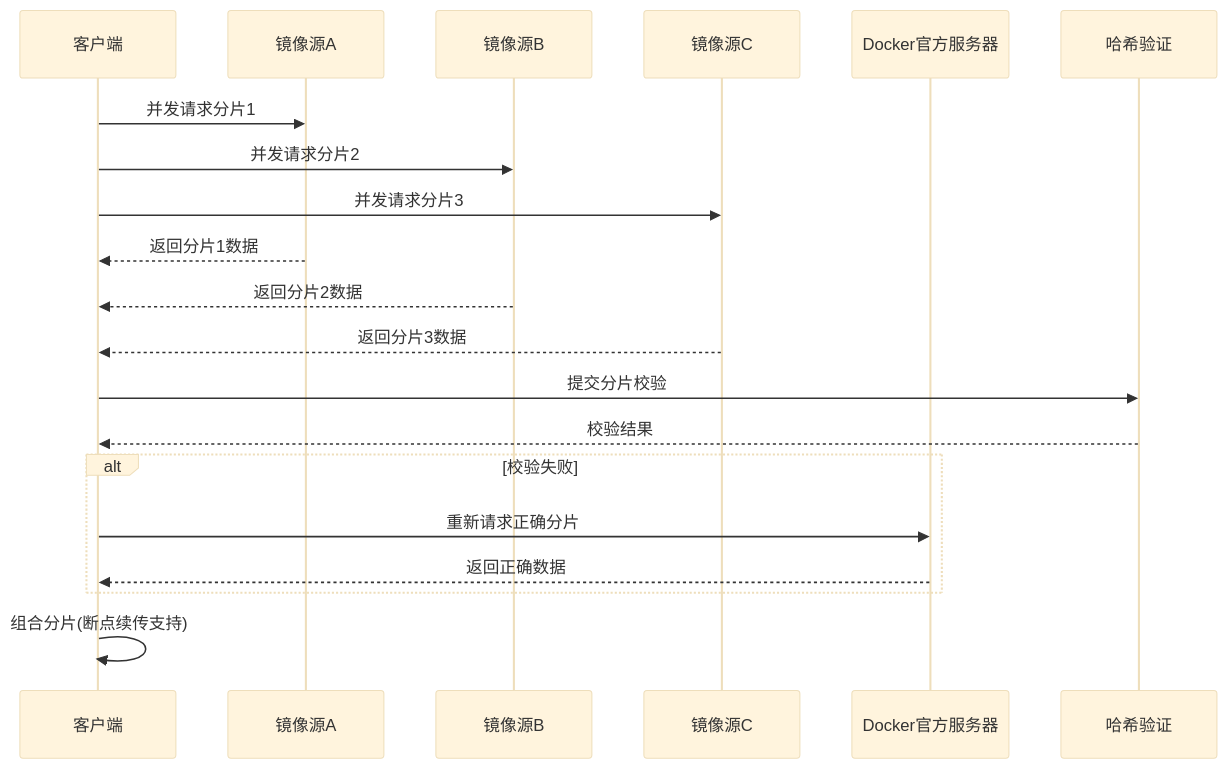
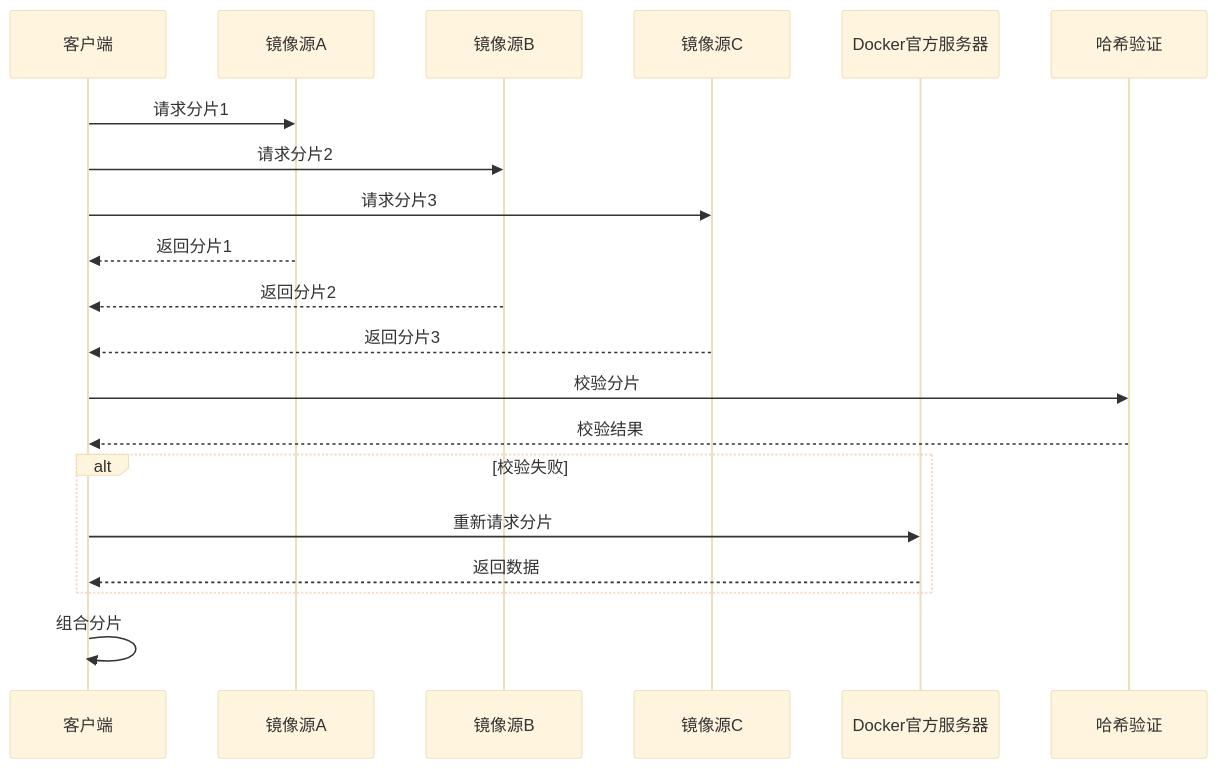
One commit to PGuideDev/PGuide-Docs changed the diagram in docs/notes/公共服务/数据中心/私有容器镜像管理/README.md. Above: the diagram before and after it, drawn with Mermaid (base theme). The commit also changed 1 other file, not shown here.

Commit message:
docs: improve docs

````diff
--- a/docs/notes/公共服务/数据中心/私有容器镜像管理/README.md
+++ b/docs/notes/公共服务/数据中心/私有容器镜像管理/README.md
@@ -38,23 +38,23 @@
 ```mermaid
 sequenceDiagram
     participant 客户端
     participant 镜像源A
     participant 镜像源B
     participant 镜像源C
     participant Docker官方服务器
     participant 哈希验证
 
-    客户端->>镜像源A: 并发请求分片1
-    客户端->>镜像源B: 并发请求分片2
-    客户端->>镜像源C: 并发请求分片3
-    镜像源A-->>客户端: 返回分片1数据
-    镜像源B-->>客户端: 返回分片2数据
-    镜像源C-->>客户端: 返回分片3数据
-    客户端->>哈希验证: 提交分片校验
+    客户端->>镜像源A: 请求分片1
+    客户端->>镜像源B: 请求分片2
+    客户端->>镜像源C: 请求分片3
+    镜像源A-->>客户端: 返回分片1
+    镜像源B-->>客户端: 返回分片2
+    镜像源C-->>客户端: 返回分片3
+    客户端->>哈希验证: 校验分片
     哈希验证-->>客户端: 校验结果
     alt 校验失败
-        客户端->>Docker官方服务器: 重新请求正确分片
-        Docker官方服务器-->>客户端: 返回正确数据
+        客户端->>Docker官方服务器: 重新请求分片
+        Docker官方服务器-->>客户端: 返回数据
     end
-    客户端->>客户端: 组合分片(断点续传支持)
+    客户端->>客户端: 组合分片
 ```
````
